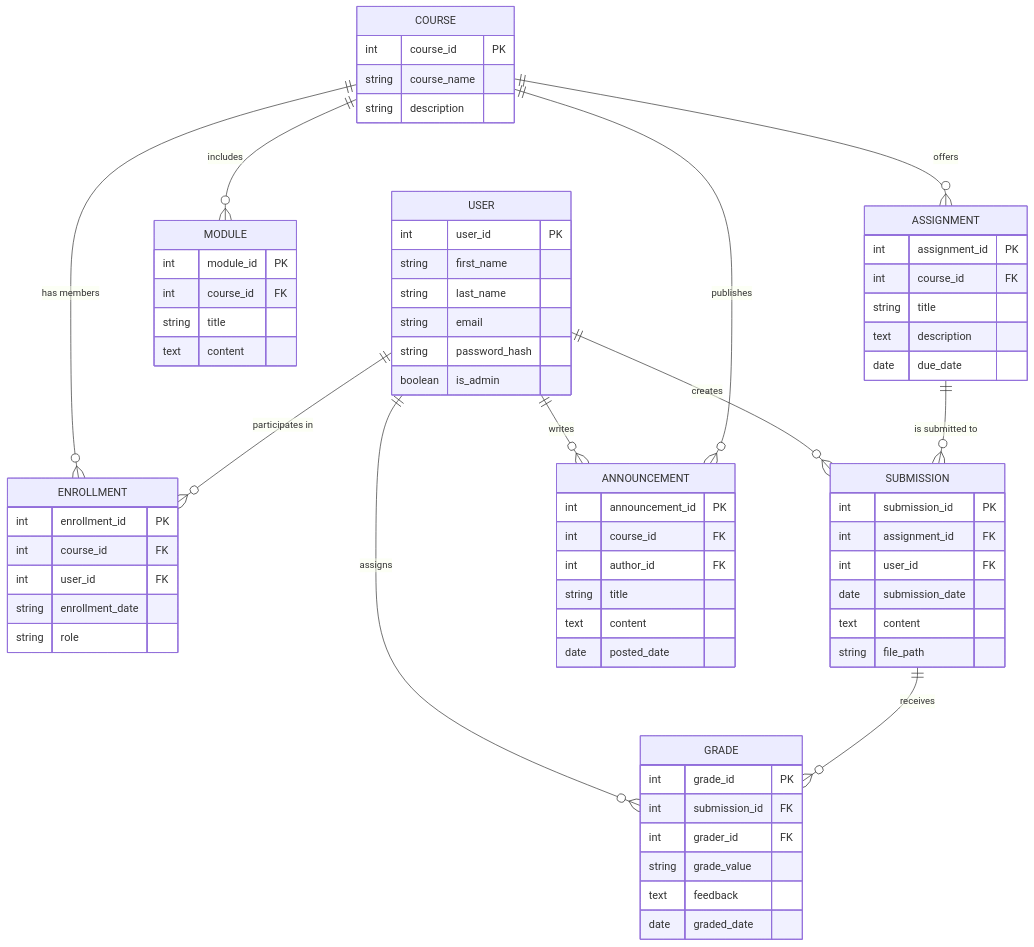
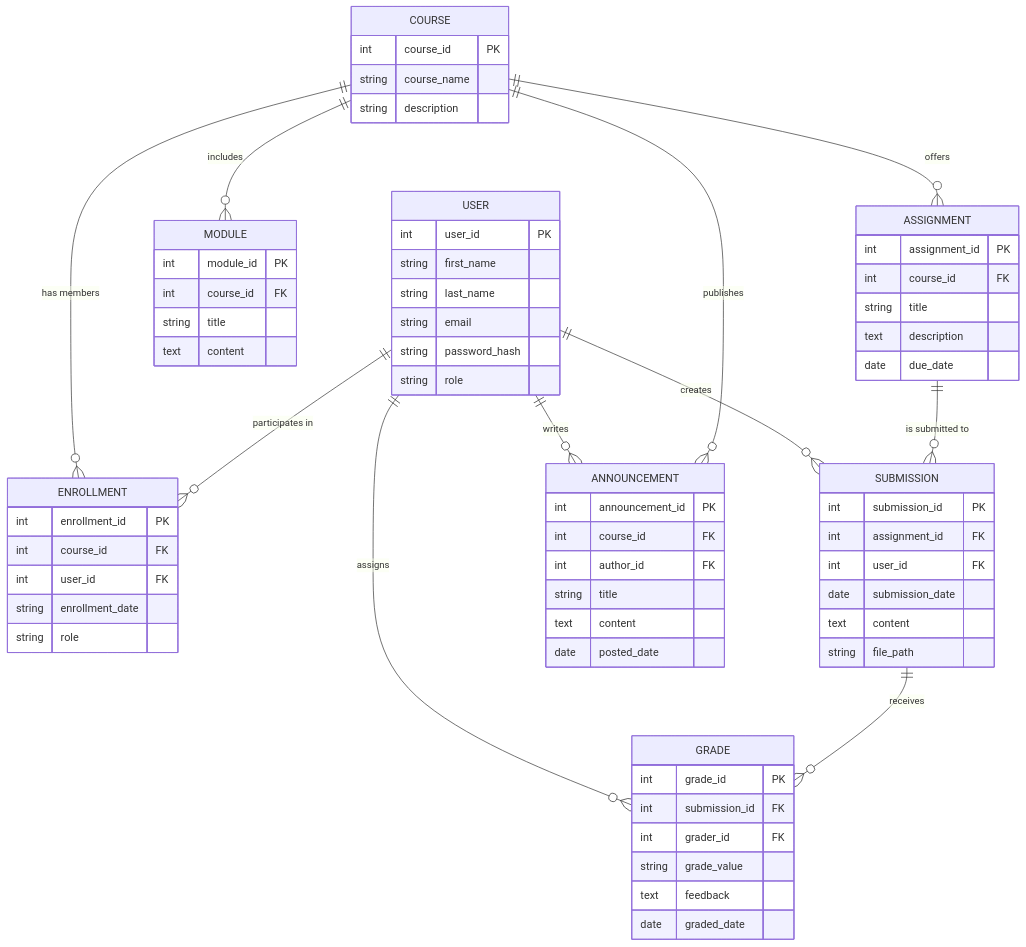
Before and after one commit to johnpaulnewton/lms: the diagram in apps/docs/public/datamodel.mmd, drawn with Mermaid. The commit also changed 1 other file, not shown here.

```diff
--- a/apps/docs/public/datamodel.mmd
+++ b/apps/docs/public/datamodel.mmd
@@ -1,76 +1,76 @@
 erDiagram
     USER {
         int user_id PK
         string first_name
         string last_name
         string email
         string password_hash
-        boolean is_admin
+        string role
     }
 
     COURSE {
         int course_id PK
         string course_name
         string description
     }
 
     ENROLLMENT {
         int enrollment_id PK
         int course_id FK
         int user_id FK
         string enrollment_date
         string role
     }
 
     MODULE {
         int module_id PK
         int course_id FK
         string title
         text content
     }
 
     ASSIGNMENT {
         int assignment_id PK
         int course_id FK
         string title
         text description
         date due_date
     }
 
     SUBMISSION {
         int submission_id PK
         int assignment_id FK
         int user_id FK
         date submission_date
         text content
         string file_path
     }
 
     GRADE {
         int grade_id PK
         int submission_id FK
         int grader_id FK
         string grade_value
         text feedback
         date graded_date
     }
 
     ANNOUNCEMENT {
         int announcement_id PK
         int course_id FK
         int author_id FK
         string title
         text content
         date posted_date
     }
 
     USER ||--o{ ENROLLMENT : "participates in"
     COURSE ||--o{ ENROLLMENT : "has members"
     COURSE ||--o{ MODULE : "includes"
     COURSE ||--o{ ASSIGNMENT : "offers"
     COURSE ||--o{ ANNOUNCEMENT : "publishes"
     ASSIGNMENT ||--o{ SUBMISSION : "is submitted to"
     SUBMISSION ||--o{ GRADE : "receives"
     USER ||--o{ SUBMISSION : "creates"
     USER ||--o{ GRADE : "assigns"
     USER ||--o{ ANNOUNCEMENT : "writes"
```
